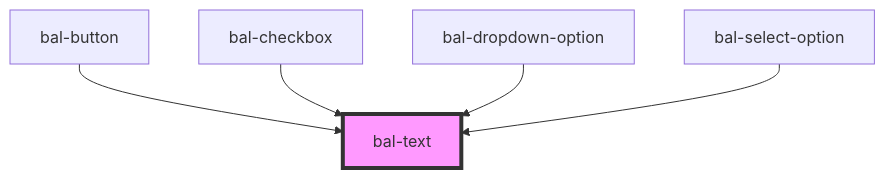
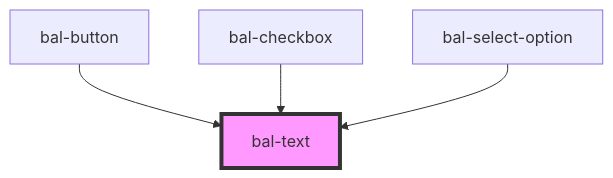
Before and after one commit to baloise/ui-library-next: the diagram in packages/library/src/components/bal-text/readme.md, drawn with Mermaid. The commit also changed other lines of this file and 19 other files, not shown here.

````diff
--- a/packages/library/src/components/bal-text/readme.md
+++ b/packages/library/src/components/bal-text/readme.md
@@ -18,8 +17,7 @@
 ```mermaid
 graph TD;
   bal-button --> bal-text
   bal-checkbox --> bal-text
-  bal-dropdown-option --> bal-text
   bal-select-option --> bal-text
   style bal-text fill:#f9f,stroke:#333,stroke-width:4px
 ```
````
